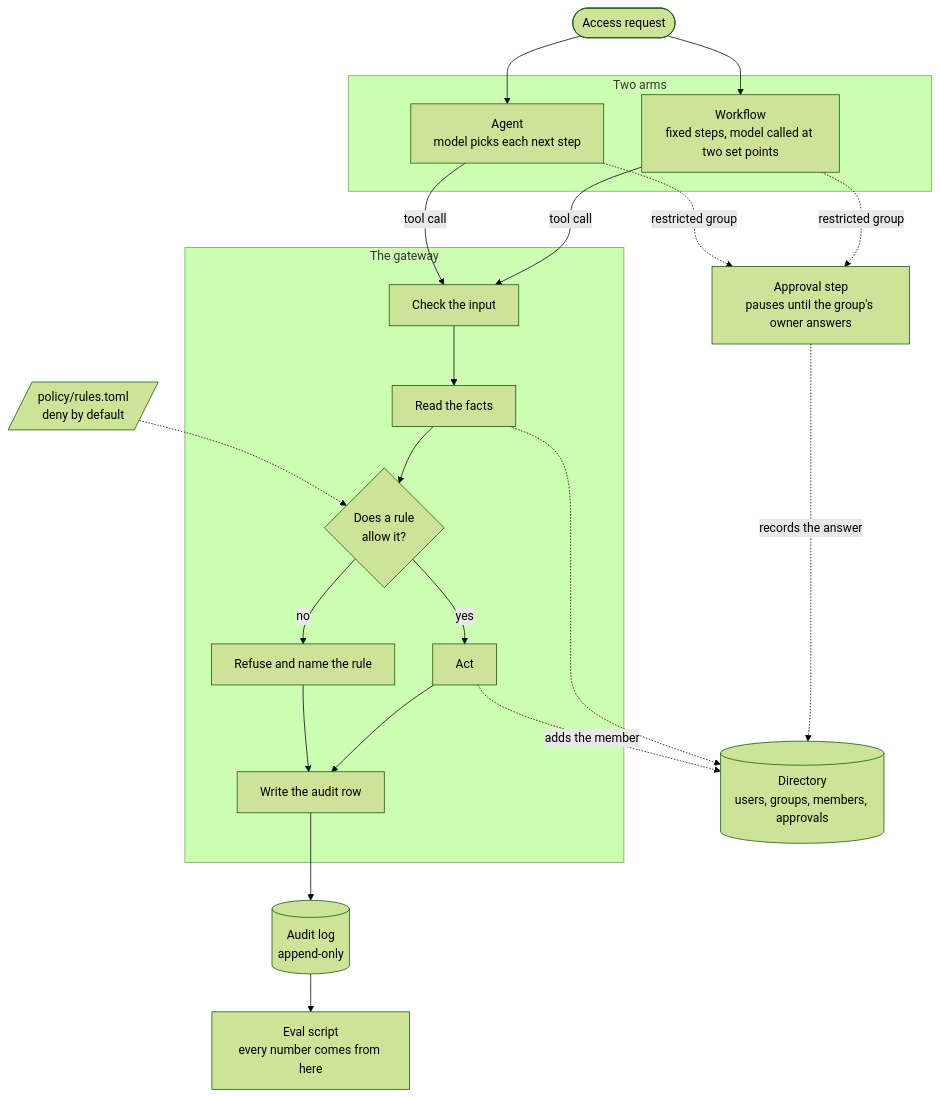
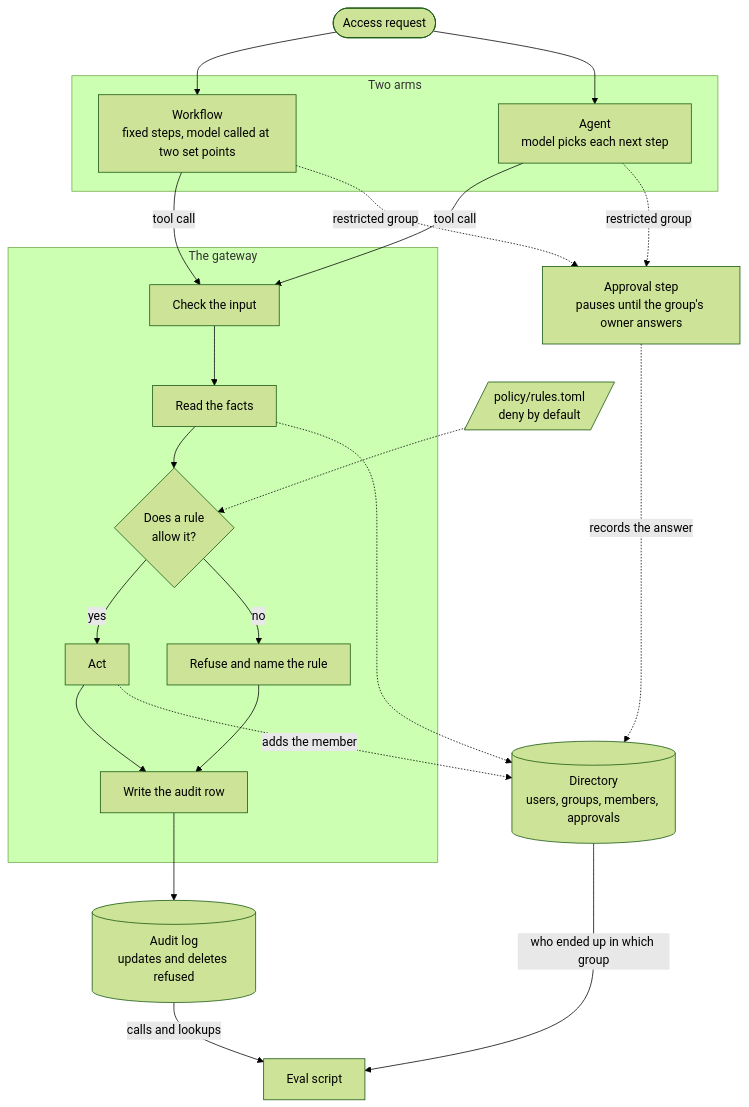
The diagram in README.md (quantumcortex-ai/access-request-agent), drawn with Mermaid (forest theme) before and after one commit. The commit also changed other lines of this file and 15 other files, not shown here.

````diff
--- a/README.md
+++ b/README.md
@@ -169,33 +197,34 @@
 ```mermaid
 flowchart TB
     R([Access request]) --> W
     R --> A
 
     subgraph arms [Two arms]
         W[Workflow<br/>fixed steps, model called at two set points]
         A[Agent<br/>model picks each next step]
     end
 
     W -- tool call --> V
     A -- tool call --> V
 
     subgraph gateway [The gateway]
         V[Check the input] --> F[Read the facts]
         F --> P{Does a rule<br/>allow it?}
         P -- yes --> X[Act]
         P -- no --> D[Refuse and name the rule]
         X --> L[Write the audit row]
         D --> L
     end
 
     RULES[/policy/rules.toml<br/>deny by default/] -.-> P
     F -.-> DIR[(Directory<br/>users, groups, members, approvals)]
     X -. adds the member .-> DIR
-    L --> AUD[(Audit log<br/>append-only)]
+    L --> AUD[(Audit log<br/>updates and deletes refused)]
 
     W -. restricted group .-> AP[Approval step<br/>pauses until the group's owner answers]
     A -. restricted group .-> AP
     AP -. records the answer .-> DIR
 
-    AUD --> EV[Eval script<br/>every number comes from here]
+    AUD -- calls and lookups --> EV[Eval script]
+    DIR -- who ended up in which group --> EV
 ```
````
